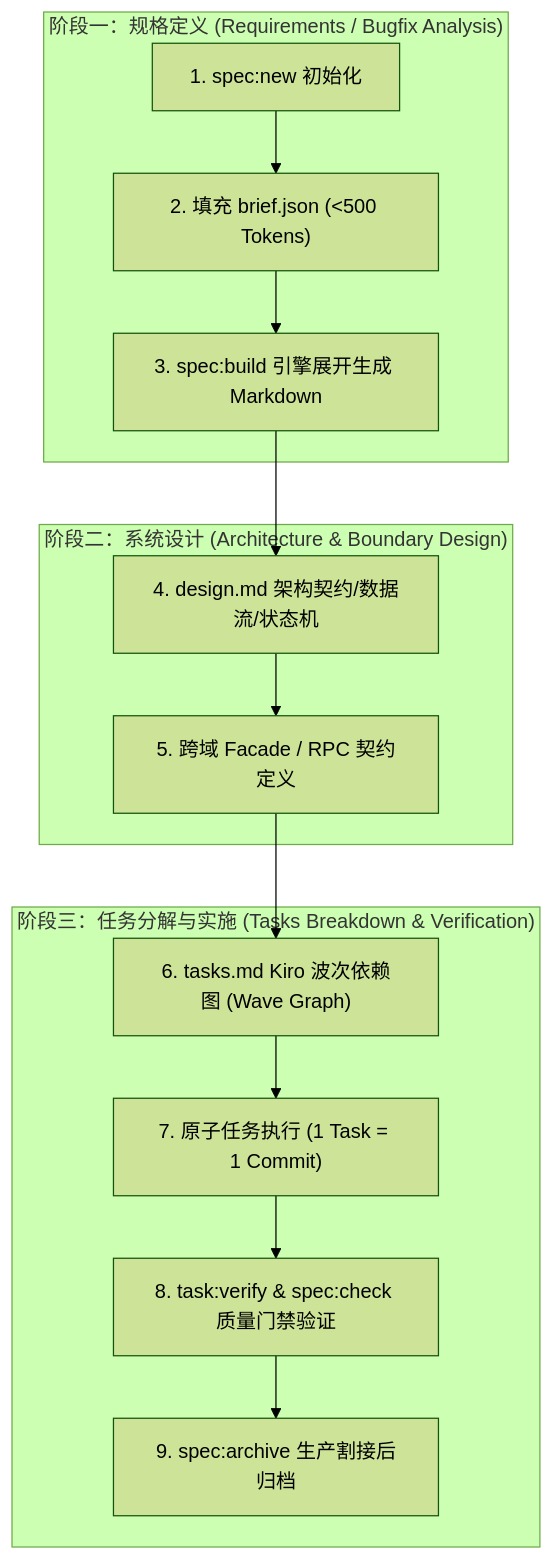
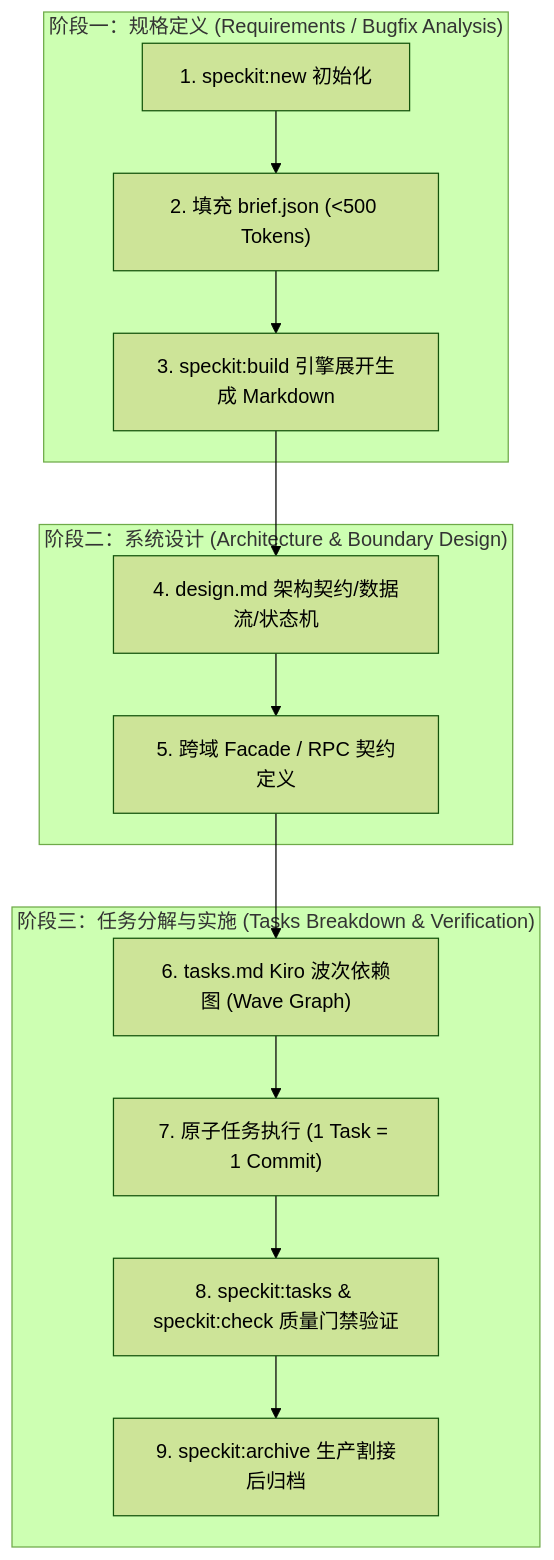
The diagram in .agents/skills/spec-driven-development/SKILL.md (xaicd/ruoyi-all-next), drawn with Mermaid (forest theme) before and after one commit. The commit also changed other lines of this file and 8 other files, not shown here.

````diff
--- a/.agents/skills/spec-driven-development/SKILL.md
+++ b/.agents/skills/spec-driven-development/SKILL.md
@@ -42,19 +42,19 @@
 ```mermaid
 flowchart TD
     subgraph Phase1["阶段一：规格定义 (Requirements / Bugfix Analysis)"]
-        A["1. spec:new 初始化"] --> B["2. 填充 brief.json (<500 Tokens)"]
-        B --> C["3. spec:build 引擎展开生成 Markdown"]
+        A["1. speckit:new 初始化"] --> B["2. 填充 brief.json (<500 Tokens)"]
+        B --> C["3. speckit:build 引擎展开生成 Markdown"]
     end
 
     subgraph Phase2["阶段二：系统设计 (Architecture & Boundary Design)"]
         C --> D["4. design.md 架构契约/数据流/状态机"]
         D --> E["5. 跨域 Facade / RPC 契约定义"]
     end
 
     subgraph Phase3["阶段三：任务分解与实施 (Tasks Breakdown & Verification)"]
         E --> F["6. tasks.md Kiro 波次依赖图 (Wave Graph)"]
         F --> G["7. 原子任务执行 (1 Task = 1 Commit)"]
-        G --> H["8. task:verify & spec:check 质量门禁验证"]
-        H --> I["9. spec:archive 生产割接后归档"]
+        G --> H["8. speckit:tasks & speckit:check 质量门禁验证"]
+        H --> I["9. speckit:archive 生产割接后归档"]
     end
 ```
````
